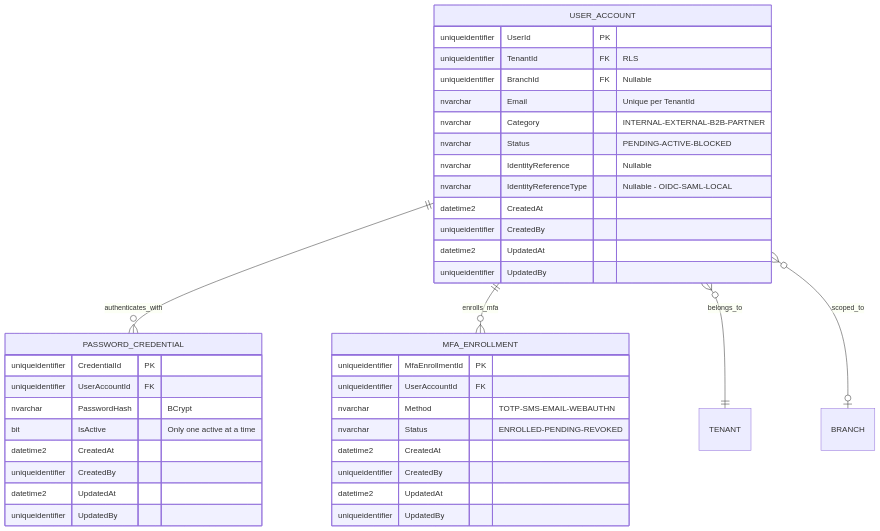
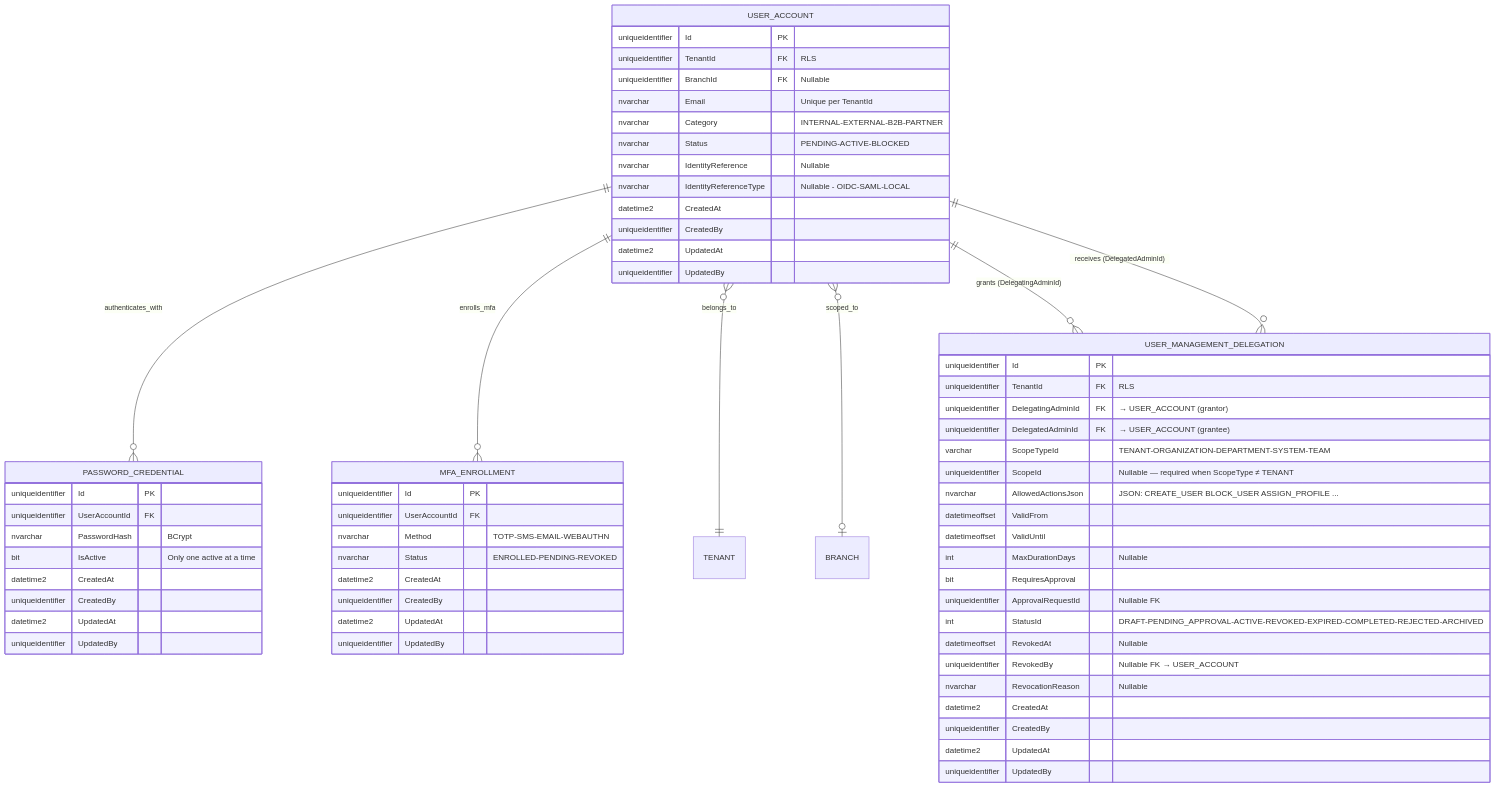
Before and after one commit to beyondnetcode/ums: the fourth of 5 diagrams in docs/domain/identity/user-account.md, drawn with Mermaid. The commit also changed other lines of this file and 1 other file, not shown here.

Commit message:
docs(identity): document dual self-join between UserAccount and Delegation (FS-14)
user-account.md §4 ER:
- Add USER_MANAGEMENT_DELEGATION entity with both FK roles
  (DelegatingAdminId = grantor, DelegatedAdminId = grantee)
- Add clarifying note on dual self-join pattern and anti-circularity layers

user-account.md §5 BC Model:
- Add UserManagementDelegation AR inside Identity BC
- Show dotted FK lines for both admin roles
- Add IDelegationScopeValidator and IDelegationAuthorityChecker app services
- Show ApprovalRequest → ApproveDelegationCommand flow

user-management-delegation.md §4 ER:
- Replace ambiguous USER_ACCOUNT_DELEGATING / USER_ACCOUNT_DELEGATED aliases
  with UA_GRANTOR / UA_GRANTEE with explicit mapping note
- Add INV-DEL2 and INV-DEL5 annotations inline on FK columns
- Enumerate StatusId and ScopeTypeId integer values for clarity

````diff
--- a/docs/domain/identity/user-account.md
+++ b/docs/domain/identity/user-account.md
@@ -205,44 +207,69 @@
 ```mermaid
 erDiagram
-    USER_ACCOUNT ||--o{ PASSWORD_CREDENTIAL : "authenticates_with"
-    USER_ACCOUNT ||--o{ MFA_ENROLLMENT : "enrolls_mfa"
-    USER_ACCOUNT }o--|| TENANT : "belongs_to"
-    USER_ACCOUNT }o--o| BRANCH : "scoped_to"
+    USER_ACCOUNT ||--o{ PASSWORD_CREDENTIAL        : "authenticates_with"
+    USER_ACCOUNT ||--o{ MFA_ENROLLMENT             : "enrolls_mfa"
+    USER_ACCOUNT }o--|| TENANT                     : "belongs_to"
+    USER_ACCOUNT }o--o| BRANCH                     : "scoped_to"
+    USER_ACCOUNT ||--o{ USER_MANAGEMENT_DELEGATION : "grants  (DelegatingAdminId)"
+    USER_ACCOUNT ||--o{ USER_MANAGEMENT_DELEGATION : "receives (DelegatedAdminId)"
 
     USER_ACCOUNT {
-        uniqueidentifier UserId PK
+        uniqueidentifier Id PK
         uniqueidentifier TenantId FK "RLS"
         uniqueidentifier BranchId FK "Nullable"
         nvarchar Email "Unique per TenantId"
         nvarchar Category "INTERNAL-EXTERNAL-B2B-PARTNER"
         nvarchar Status "PENDING-ACTIVE-BLOCKED"
         nvarchar IdentityReference "Nullable"
         nvarchar IdentityReferenceType "Nullable - OIDC-SAML-LOCAL"
         datetime2 CreatedAt
         uniqueidentifier CreatedBy
         datetime2 UpdatedAt
         uniqueidentifier UpdatedBy
     }
 
     PASSWORD_CREDENTIAL {
-        uniqueidentifier CredentialId PK
+        uniqueidentifier Id PK
         uniqueidentifier UserAccountId FK
         nvarchar PasswordHash "BCrypt"
         bit IsActive "Only one active at a time"
         datetime2 CreatedAt
         uniqueidentifier CreatedBy
         datetime2 UpdatedAt
         uniqueidentifier UpdatedBy
     }
 
     MFA_ENROLLMENT {
-        uniqueidentifier MfaEnrollmentId PK
+        uniqueidentifier Id PK
         uniqueidentifier UserAccountId FK
         nvarchar Method "TOTP-SMS-EMAIL-WEBAUTHN"
         nvarchar Status "ENROLLED-PENDING-REVOKED"
         datetime2 CreatedAt
         uniqueidentifier CreatedBy
         datetime2 UpdatedAt
         uniqueidentifier UpdatedBy
     }
+
+    USER_MANAGEMENT_DELEGATION {
+        uniqueidentifier Id PK
+        uniqueidentifier TenantId FK "RLS"
+        uniqueidentifier DelegatingAdminId FK "→ USER_ACCOUNT (grantor)"
+        uniqueidentifier DelegatedAdminId FK "→ USER_ACCOUNT (grantee)"
+        varchar ScopeTypeId "TENANT-ORGANIZATION-DEPARTMENT-SYSTEM-TEAM"
+        uniqueidentifier ScopeId "Nullable — required when ScopeType ≠ TENANT"
+        nvarchar AllowedActionsJson "JSON: CREATE_USER BLOCK_USER ASSIGN_PROFILE ..."
+        datetimeoffset ValidFrom
+        datetimeoffset ValidUntil
+        int MaxDurationDays "Nullable"
+        bit RequiresApproval
+        uniqueidentifier ApprovalRequestId "Nullable FK"
+        int StatusId "DRAFT-PENDING_APPROVAL-ACTIVE-REVOKED-EXPIRED-COMPLETED-REJECTED-ARCHIVED"
+        datetimeoffset RevokedAt "Nullable"
+        uniqueidentifier RevokedBy "Nullable FK → USER_ACCOUNT"
+        nvarchar RevocationReason "Nullable"
+        datetime2 CreatedAt
+        uniqueidentifier CreatedBy
+        datetime2 UpdatedAt
+        uniqueidentifier UpdatedBy
+    }
 ```
````
